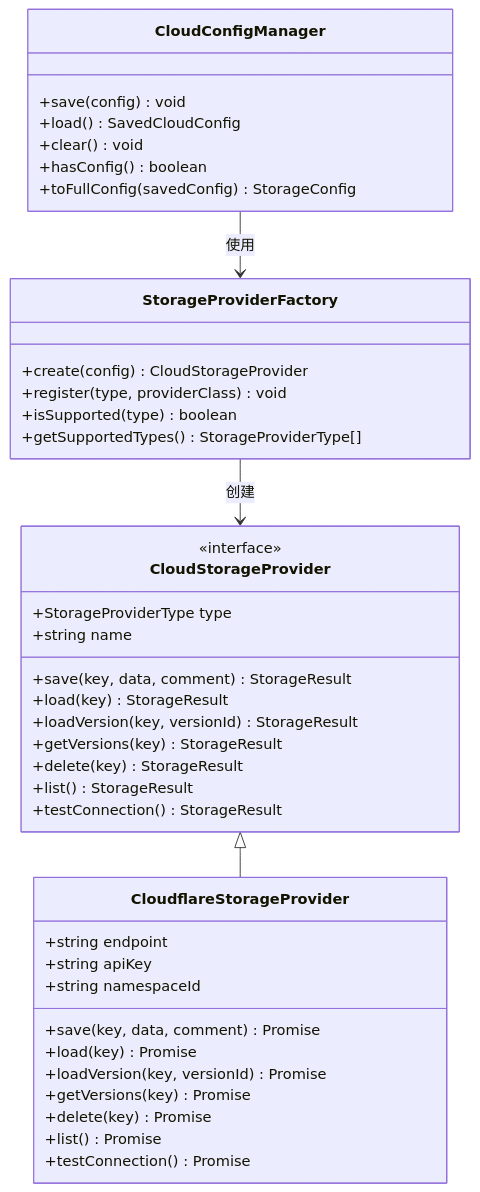
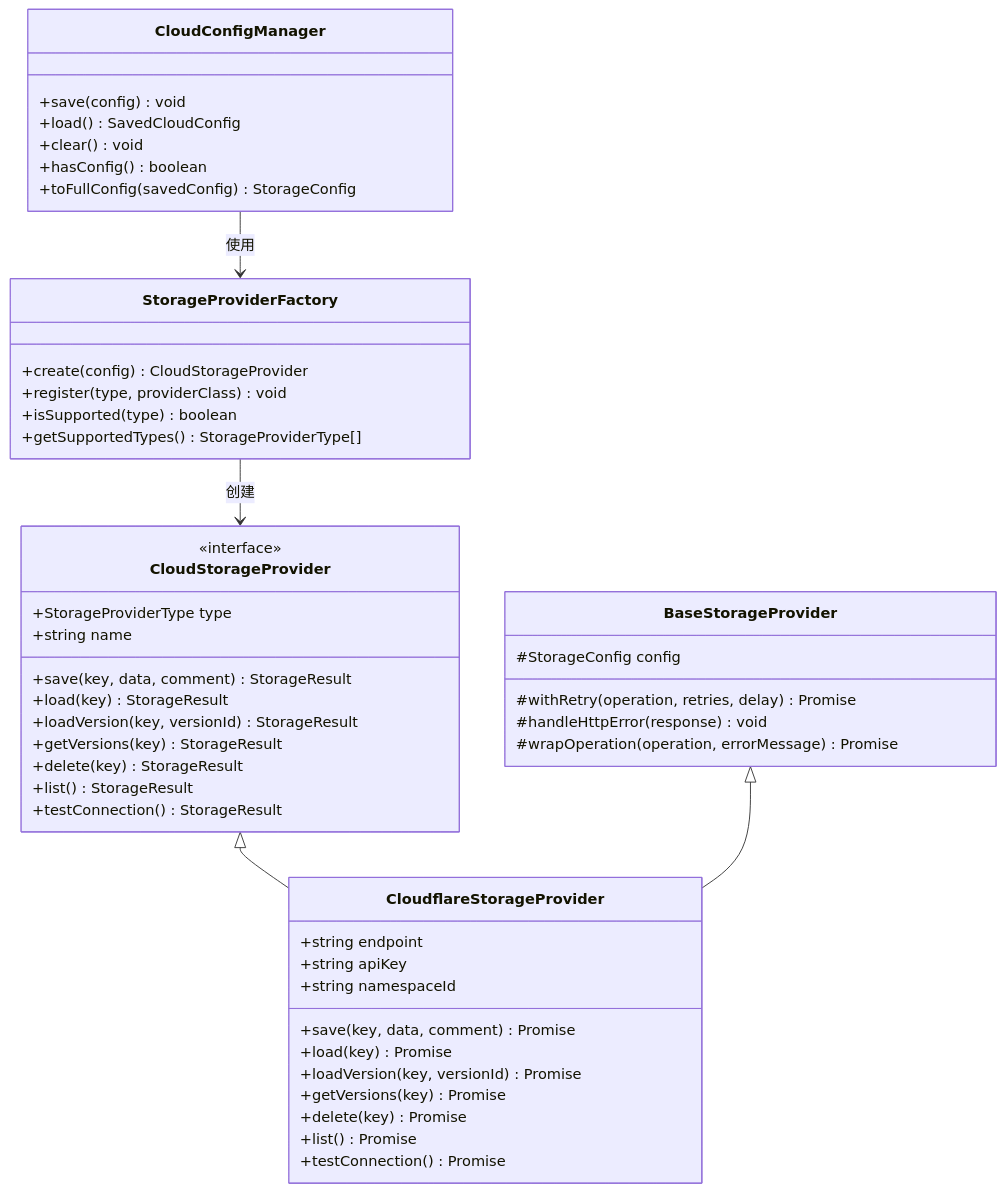
The third of 11 diagrams in .qoder/repowiki/zh/content/用户指南/数据管理/云存储系统.md (steveyu2/formula-mapper), drawn with Mermaid before and after one commit. The commit also changed other lines of this file and 2 other files, not shown here.

````diff
--- a/.qoder/repowiki/zh/content/用户指南/数据管理/云存储系统.md
+++ b/.qoder/repowiki/zh/content/用户指南/数据管理/云存储系统.md
@@ -155,43 +186,50 @@
 ```mermaid
 classDiagram
 class CloudStorageProvider {
 <<interface>>
 +StorageProviderType type
 +string name
 +save(key, data, comment) StorageResult
 +load(key) StorageResult
 +loadVersion(key, versionId) StorageResult
 +getVersions(key) StorageResult
 +delete(key) StorageResult
 +list() StorageResult
 +testConnection() StorageResult
 }
 class CloudflareStorageProvider {
 +string endpoint
 +string apiKey
 +string namespaceId
 +save(key, data, comment) Promise
 +load(key) Promise
 +loadVersion(key, versionId) Promise
 +getVersions(key) Promise
 +delete(key) Promise
 +list() Promise
 +testConnection() Promise
 }
 class StorageProviderFactory {
 +create(config) CloudStorageProvider
 +register(type, providerClass) void
 +isSupported(type) boolean
 +getSupportedTypes() StorageProviderType[]
 }
 class CloudConfigManager {
 +save(config) void
 +load() SavedCloudConfig
 +clear() void
 +hasConfig() boolean
 +toFullConfig(savedConfig) StorageConfig
 }
+class BaseStorageProvider {
+#StorageConfig config
+#withRetry(operation, retries, delay) Promise
+#handleHttpError(response) void
+#wrapOperation(operation, errorMessage) Promise
+}
 CloudStorageProvider <|-- CloudflareStorageProvider
+BaseStorageProvider <|-- CloudflareStorageProvider
 StorageProviderFactory --> CloudStorageProvider : 创建
 CloudConfigManager --> StorageProviderFactory : 使用
 ```
````
